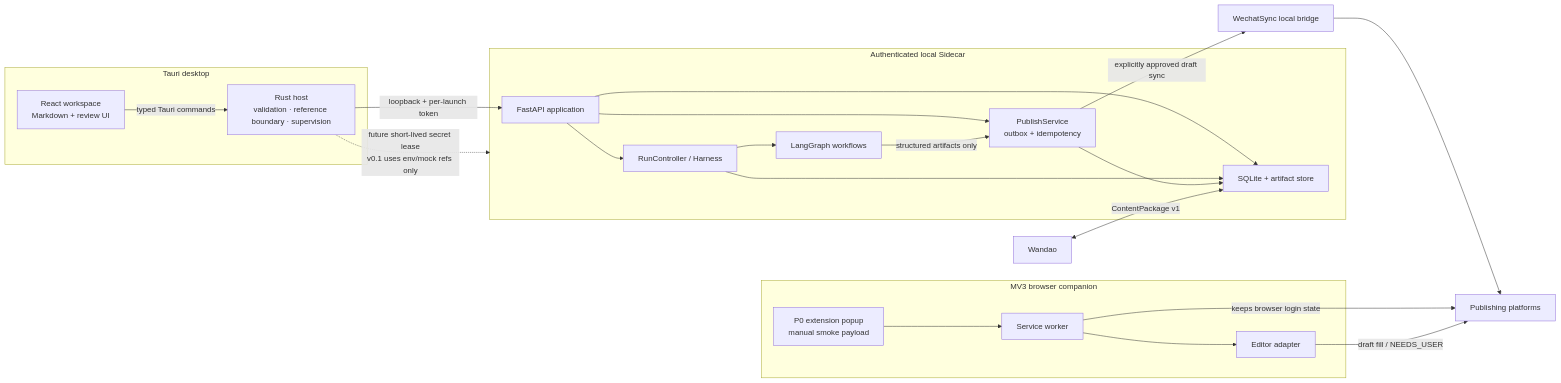
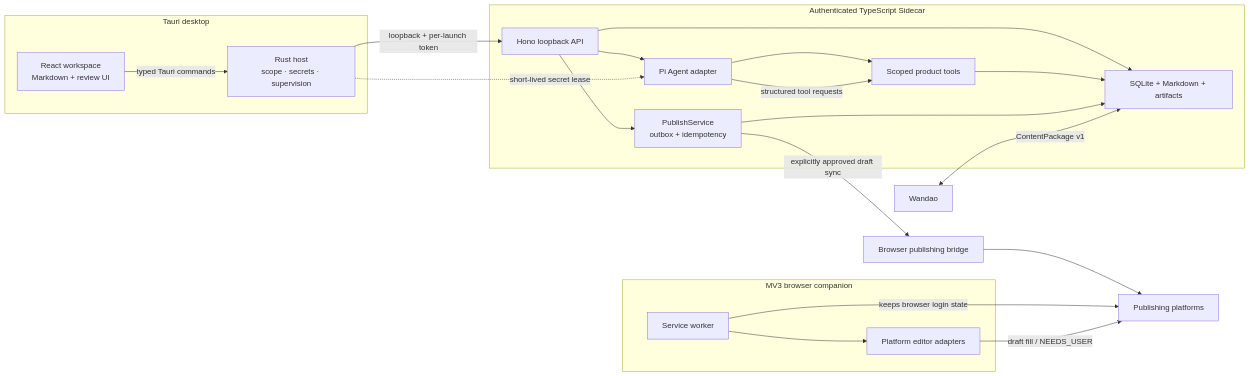
One commit to tllovesxs/open-publisher changed the first of 2 diagrams in docs/architecture/system-overview.md. Above: the diagram before and after it, drawn with Mermaid. The commit also changed other lines of this file and 232 other files, not shown here.

Commit message:
feat: migrate agent runtime to pi

````diff
--- a/docs/architecture/system-overview.md
+++ b/docs/architecture/system-overview.md
@@ -7,38 +7,36 @@
 ```mermaid
 flowchart LR
     subgraph Desktop["Tauri desktop"]
         UI["React workspace<br/>Markdown + review UI"]
-        Host["Rust host<br/>validation · reference boundary · supervision"]
+        Host["Rust host<br/>scope · secrets · supervision"]
         UI -->|"typed Tauri commands"| Host
     end
 
-    subgraph Runtime["Authenticated local Sidecar"]
-        API["FastAPI application"]
-        Harness["RunController / Harness"]
-        Graph["LangGraph workflows"]
-        Artifacts["SQLite + artifact store"]
-    Publish["PublishService<br/>outbox + idempotency"]
-        API --> Harness --> Graph
-        API --> Artifacts
-        Harness --> Artifacts
-        API --> Publish --> Artifacts
+    subgraph Runtime["Authenticated TypeScript Sidecar"]
+        API["Hono loopback API"]
+        Pi["Pi Agent adapter"]
+        Tools["Scoped product tools"]
+        Store["SQLite + Markdown + artifacts"]
+        Publish["PublishService<br/>outbox + idempotency"]
+        API --> Pi --> Tools
+        API --> Store
+        Tools --> Store
+        API --> Publish --> Store
     end
 
     Host -->|"loopback + per-launch token"| API
-    Host -.->|"future short-lived secret lease<br/>v0.1 uses env/mock refs only"| Runtime
-    Graph -->|"structured artifacts only"| Publish
-    Publish -->|"explicitly approved draft sync"| WechatSync["WechatSync local bridge"]
-    WechatSync --> Platforms["Publishing platforms"]
+    Host -.->|"short-lived secret lease"| Pi
+    Pi -->|"structured tool requests"| Tools
+    Publish -->|"explicitly approved draft sync"| Bridge["Browser publishing bridge"]
+    Bridge --> Platforms["Publishing platforms"]
 
     subgraph Browser["MV3 browser companion"]
-        Popup["P0 extension popup<br/>manual smoke payload"]
         Worker["Service worker"]
-        Adapter["Editor adapter"]
-        Popup --> Worker
+        Adapter["Platform editor adapters"]
         Worker --> Adapter
     end
 
     Worker -->|"keeps browser login state"| Platforms
     Adapter -->|"draft fill / NEEDS_USER"| Platforms
-    Wandao["Wandao"] <-->|"ContentPackage v1"| Artifacts
+    Wandao["Wandao"] <-->|"ContentPackage v1"| Store
 ```
````
